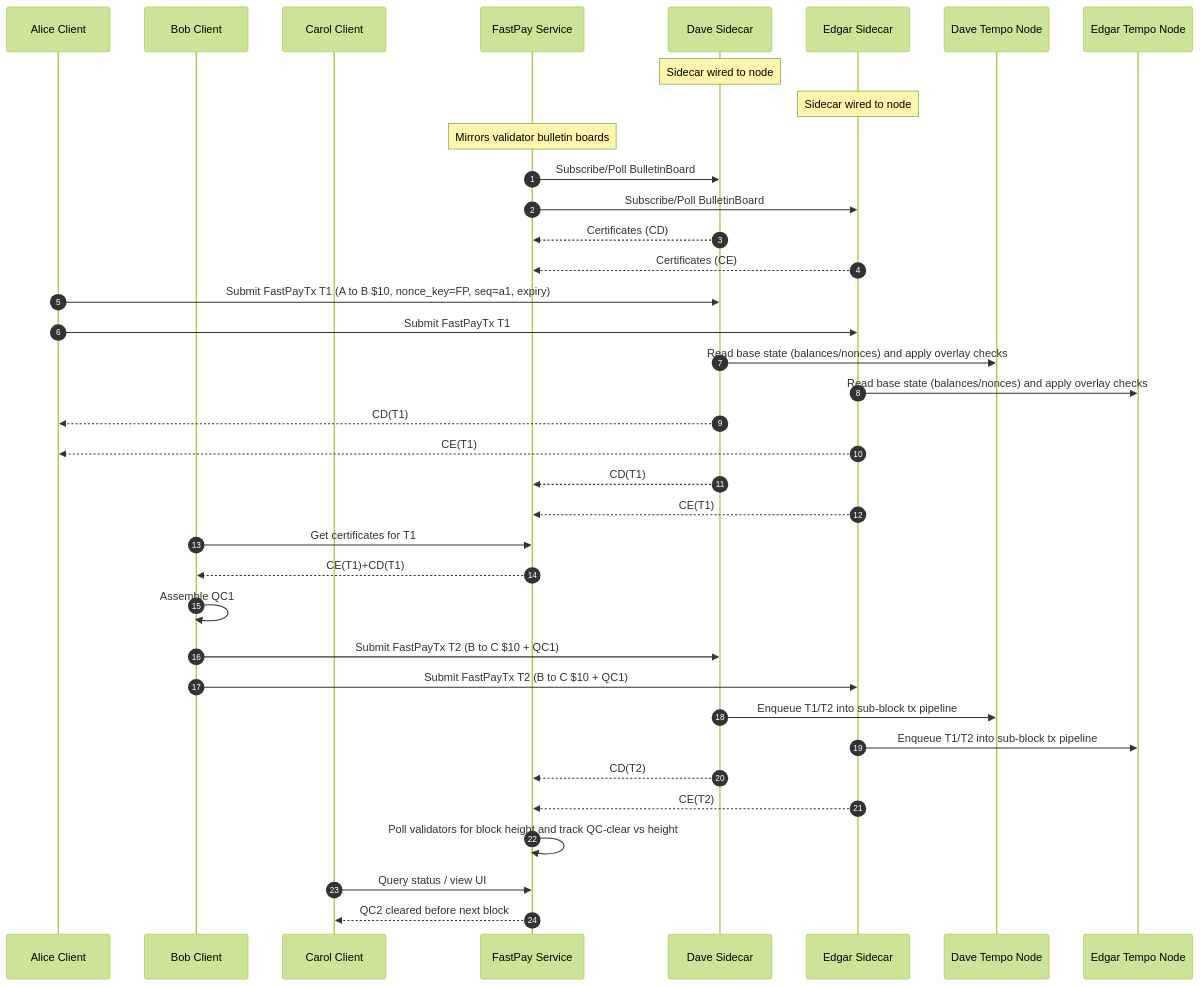
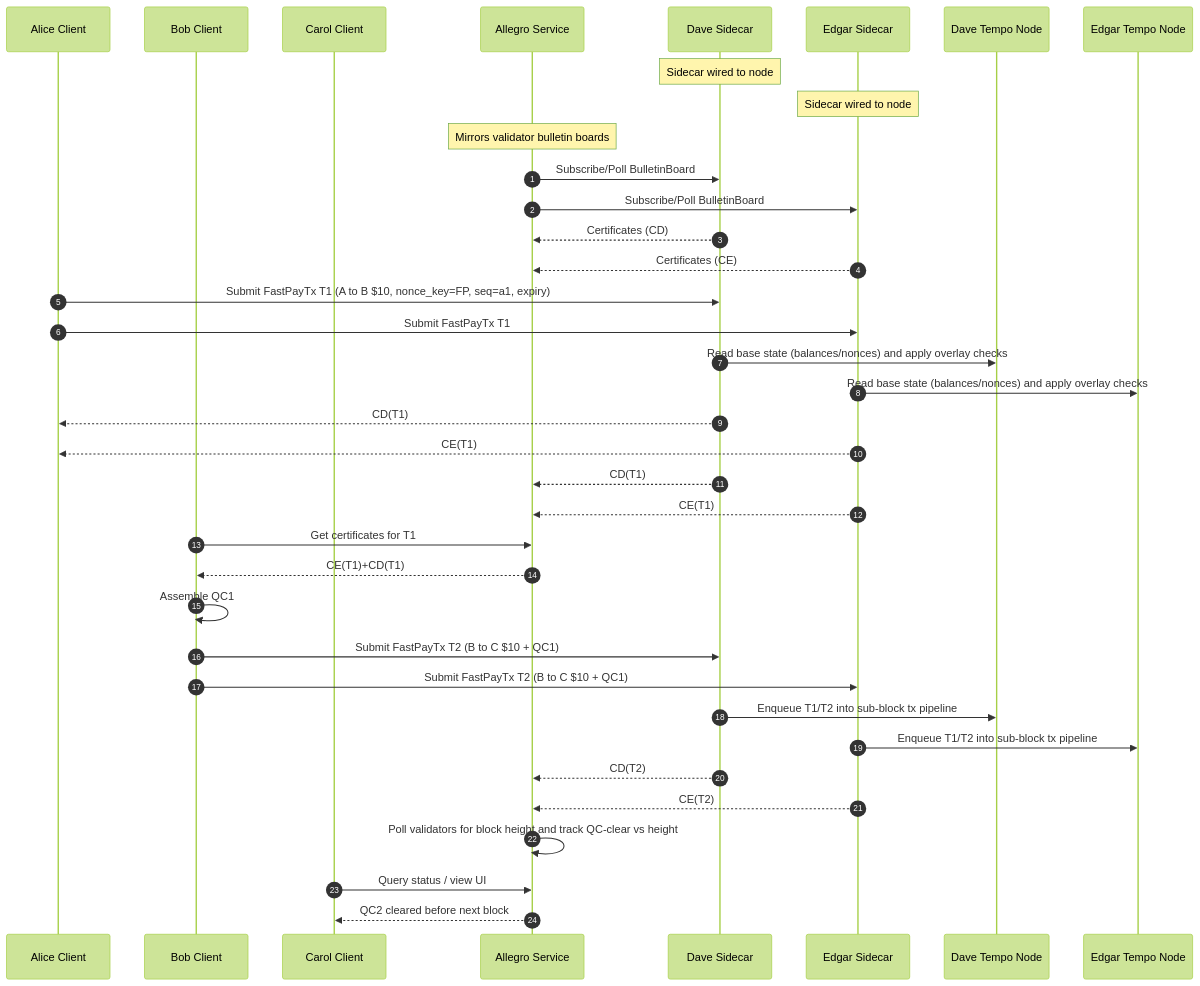
Before and after one commit to 01builders/allegro: the second of 2 diagrams in docs/06-demo.md, drawn with Mermaid (forest theme). The commit also changed other lines of this file and 7 other files, not shown here.

First line of the commit message:
Use Allegro for our project, FastPay for original protocol

````diff
--- a/docs/06-demo.md
+++ b/docs/06-demo.md
@@ -75,47 +75,47 @@
 ```mermaid
 sequenceDiagram
   autonumber
   participant A as Alice Client
   participant B as Bob Client
   participant C as Carol Client
-  participant S as FastPay Service
+  participant S as Allegro Service
   participant D as Dave Sidecar
   participant E as Edgar Sidecar
   participant ND as Dave Tempo Node
   participant NE as Edgar Tempo Node
 
   Note over D: Sidecar wired to node
   Note over E: Sidecar wired to node
   Note over S: Mirrors validator bulletin boards
 
   S->>D: Subscribe/Poll BulletinBoard
   S->>E: Subscribe/Poll BulletinBoard
   D-->>S: Certificates (CD)
   E-->>S: Certificates (CE)
 
   A->>D: Submit FastPayTx T1 (A to B $10, nonce_key=FP, seq=a1, expiry)
   A->>E: Submit FastPayTx T1
   D->>ND: Read base state (balances/nonces) and apply overlay checks
   E->>NE: Read base state (balances/nonces) and apply overlay checks
   D-->>A: CD(T1)
   E-->>A: CE(T1)
   D-->>S: CD(T1)
   E-->>S: CE(T1)
 
   B->>S: Get certificates for T1
   S-->>B: CE(T1)+CD(T1)
   B->>B: Assemble QC1
 
   B->>D: Submit FastPayTx T2 (B to C $10 + QC1)
   B->>E: Submit FastPayTx T2 (B to C $10 + QC1)
 
   D->>ND: Enqueue T1/T2 into sub-block tx pipeline
   E->>NE: Enqueue T1/T2 into sub-block tx pipeline
 
   D-->>S: CD(T2)
   E-->>S: CE(T2)
 
   S->>S: Poll validators for block height and track QC-clear vs height
   C->>S: Query status / view UI
   S-->>C: QC2 cleared before next block
 ```
````
